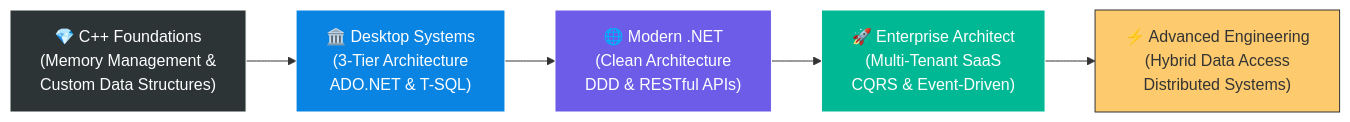
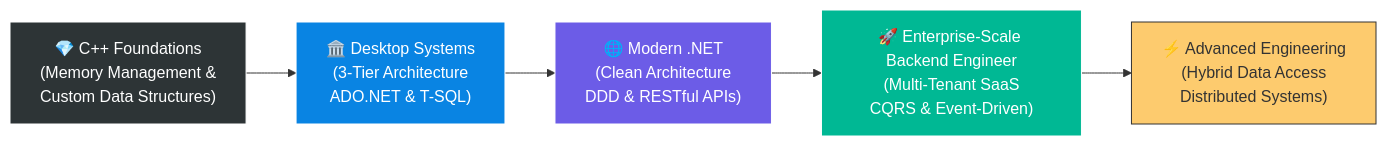
The diagram in README.md (MohamedElmonyar/MohamedElmonyar), drawn with Mermaid before and after one commit. The commit also changed other lines of this file, not shown here.

````diff
--- a/README.md
+++ b/README.md
@@ -349,13 +349,13 @@
 ```mermaid
 graph LR
     A["💎 C++ Foundations<br/>(Memory Management &<br/>Custom Data Structures)"] --> B["🏛️ Desktop Systems<br/>(3-Tier Architecture<br/>ADO.NET & T-SQL)"]
     B --> C["🌐 Modern .NET<br/>(Clean Architecture<br/>DDD & RESTful APIs)"]
-    C --> D["🚀 Enterprise Architect<br/>(Multi-Tenant SaaS<br/>CQRS & Event-Driven)"]
+    C --> D["🚀 Enterprise-Scale Backend Engineer<br/>(Multi-Tenant SaaS<br/>CQRS & Event-Driven)"]
     D --> E["⚡ Advanced Engineering<br/>(Hybrid Data Access<br/>Distributed Systems)"]
     
     style A fill:#2d3436,stroke:#fff,color:#fff
     style B fill:#0984e3,stroke:#fff,color:#fff
     style C fill:#6c5ce7,stroke:#fff,color:#fff
     style D fill:#00b894,stroke:#fff,color:#fff
     style E fill:#fdcb6e,stroke:#333,color:#333
 ```
````
